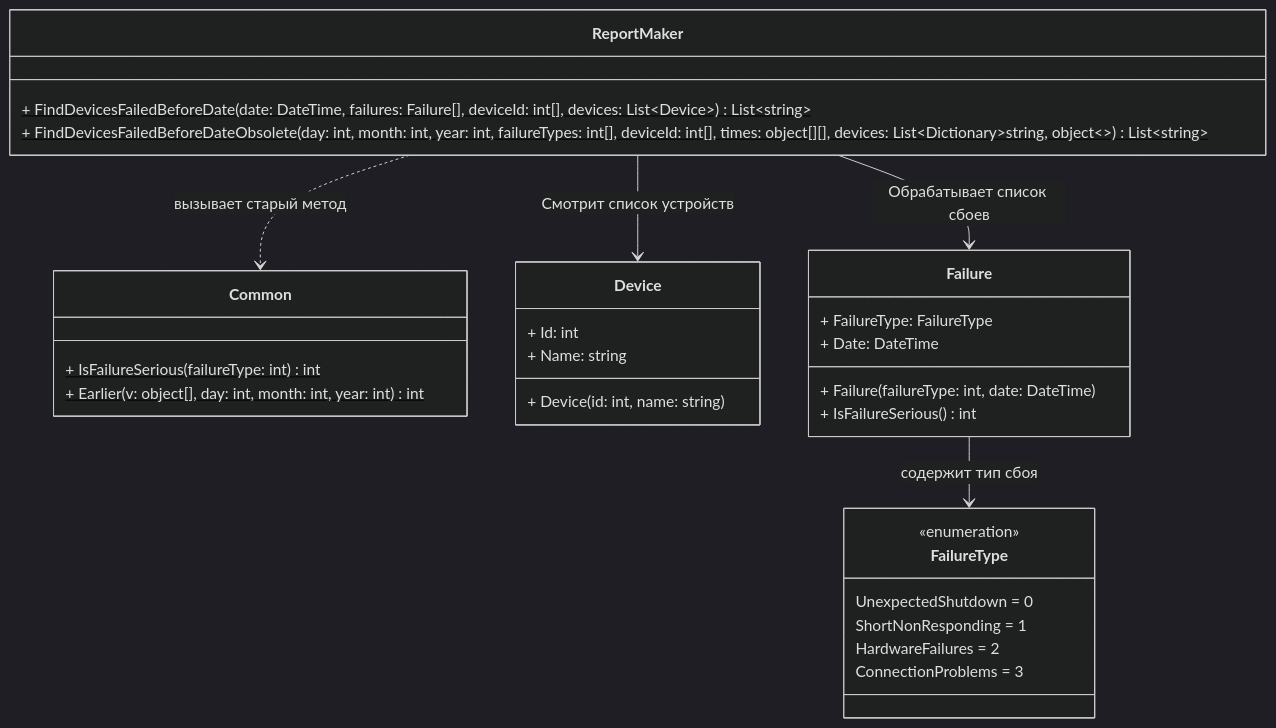
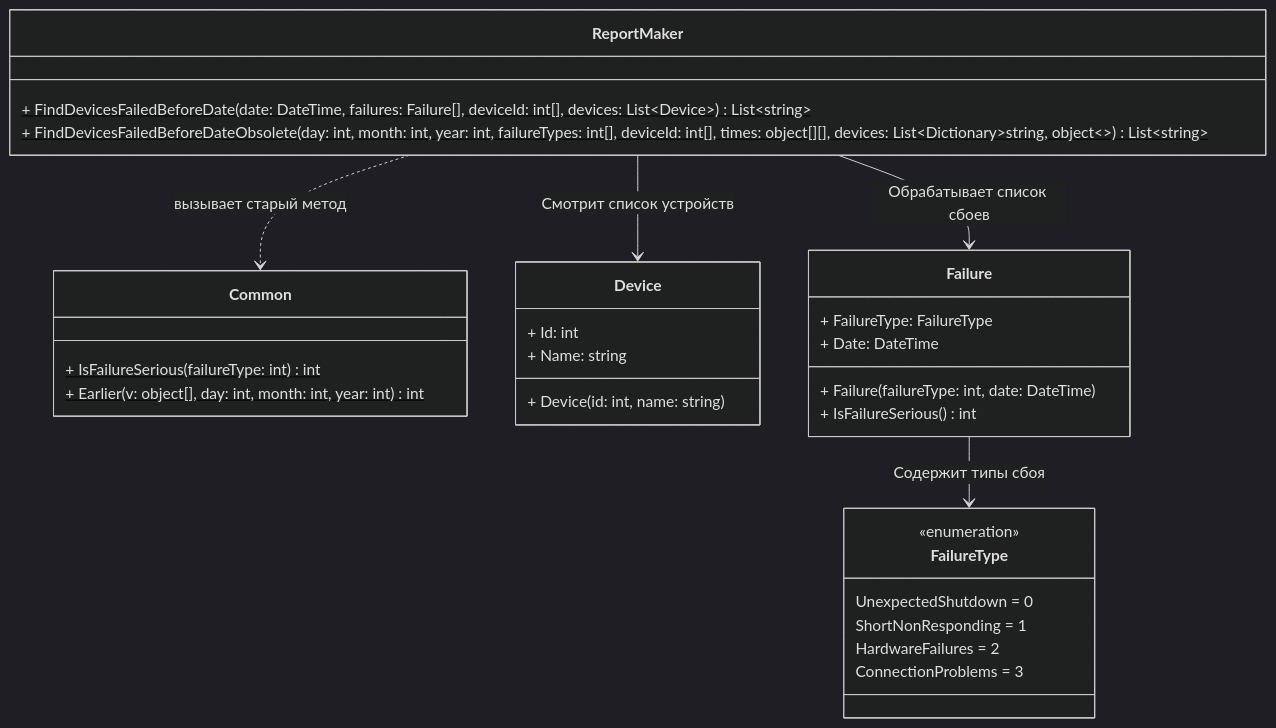
One commit to Du2Vi-lab/Ulearn-Tasks changed the diagram in sboi.md. Above: the diagram before and after it, drawn with Mermaid (dark theme).

````diff
--- a/sboi.md
+++ b/sboi.md
@@ -8,39 +8,39 @@
 ```mermaid
 classDiagram
     class FailureType {
         <<enumeration>>
         UnexpectedShutdown = 0
         ShortNonResponding = 1
         HardwareFailures = 2
         ConnectionProblems = 3
     }
 
     class Common {
         + IsFailureSerious(failureType: int) int$
         + Earlier(v: object[], day: int, month: int, year: int) int$
     }
 
     class Device {
         + Id: int
         + Name: string
         + Device(id: int, name: string)
     }
 
     class Failure {
         + FailureType: FailureType
         + Date: DateTime
         + Failure(failureType: int, date: DateTime)
         + IsFailureSerious() int
     }
 
     class ReportMaker {
         + FindDevicesFailedBeforeDate(date: DateTime, failures: Failure[], deviceId: int[], devices: List~Device~) List~string~$
         + FindDevicesFailedBeforeDateObsolete(day: int, month: int, year: int, failureTypes: int[], deviceId: int[], times: object[][], devices: List~Dictionary~string, object~~) List~string~$
     }
 
     %% Связи и подписи в точности как на твоем скриншоте + связь с enum
     ReportMaker ..> Common : вызывает старый метод
     ReportMaker --> Device : Смотрит список устройств
     ReportMaker --> Failure : Обрабатывает список сбоев
-    Failure --> FailureType : содержит тип сбоя
+    Failure --> FailureType : Содержит типы сбоя
 ```
````
